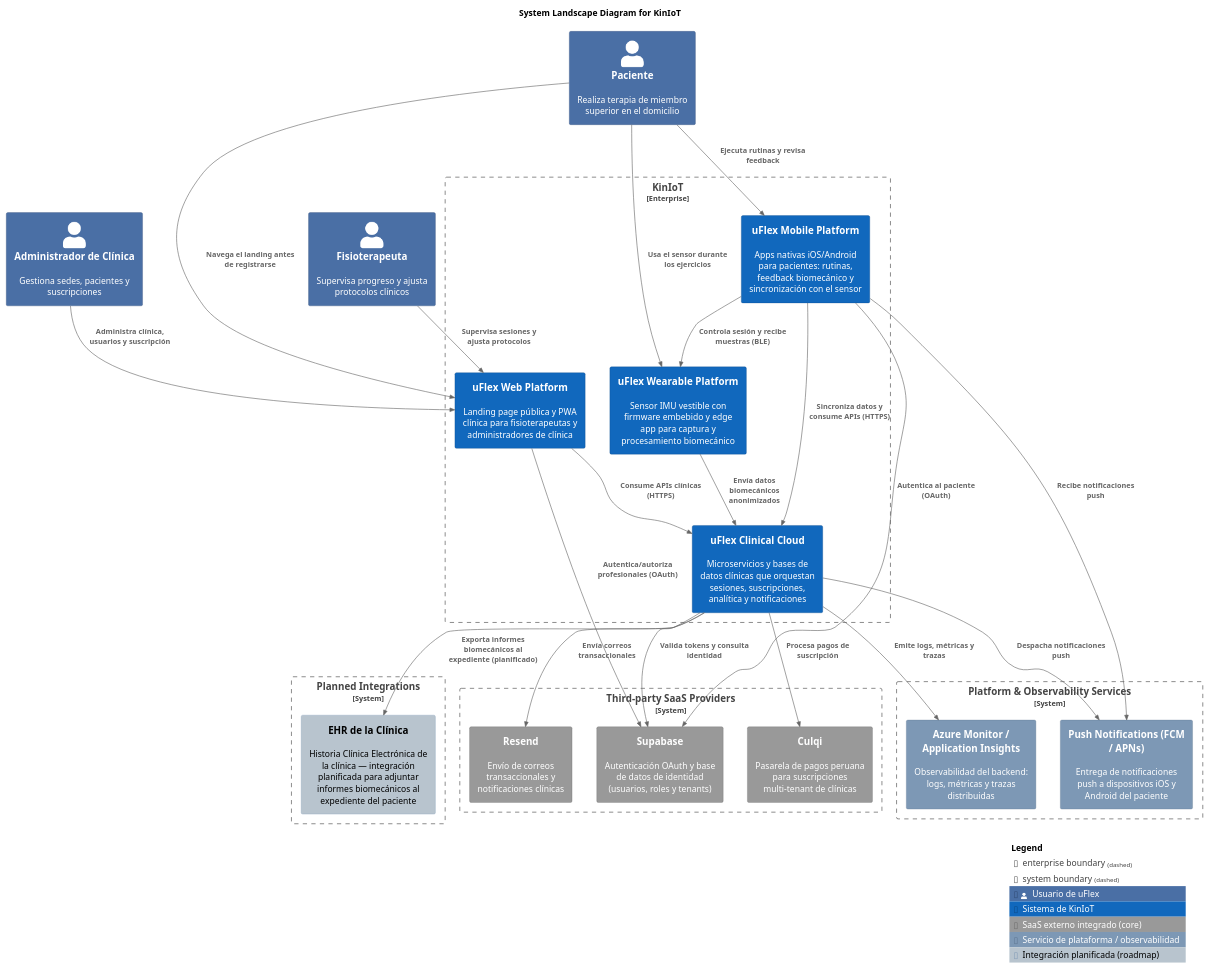
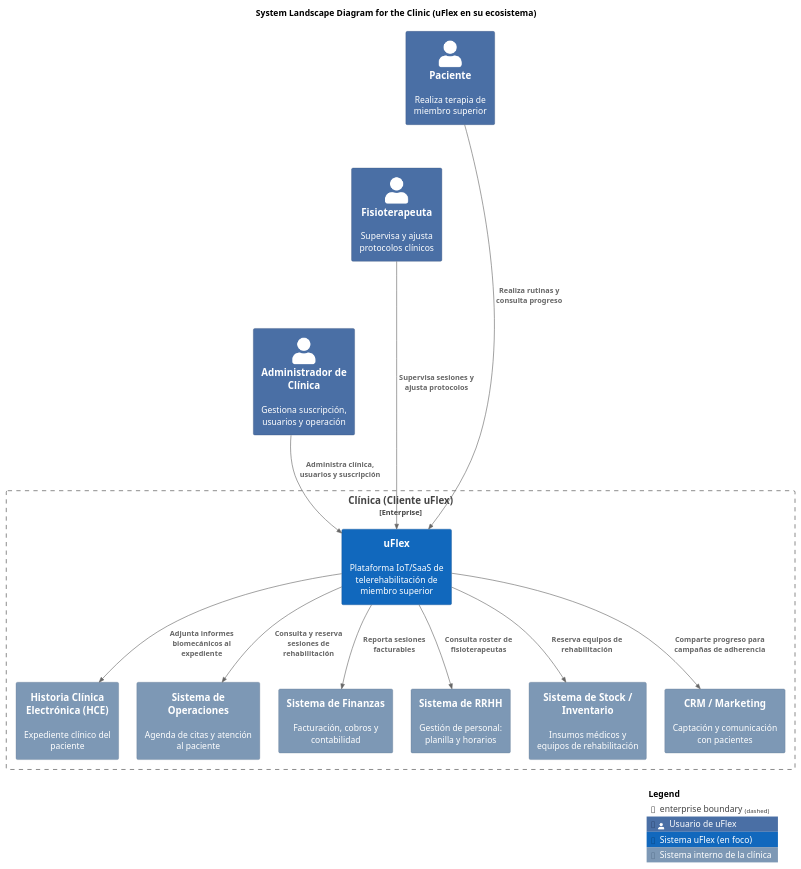
The diagram in assets/diagrams/software-architecture/landscape/src/uflex-landscape-diagram.puml (kiniot/uflex-project-report), drawn with PlantUML before and after one commit. The commit also changed 1 other file, not shown here.

Commit message:
docs(chapter-4): refocus landscape on the clinic ecosystem
Show uFlex as a single system inside the clinic enterprise boundary
alongside the other internal clinic systems (HCE, Operations, Finance,
HR, Stock, CRM), drop the external SaaS providers from this level (they
belong inside uFlex), and keep only the three direct uFlex users to
avoid the spaghetti edges from the previous version.

```diff
--- a/assets/diagrams/software-architecture/landscape/src/uflex-landscape-diagram.puml
+++ b/assets/diagrams/software-architecture/landscape/src/uflex-landscape-diagram.puml
@@ -1,95 +1,70 @@
 @startuml uflex-sa-landscape
 !include https://raw.githubusercontent.com/plantuml-stdlib/C4-PlantUML/master/C4_Context.puml
 !include https://raw.githubusercontent.com/plantuml-stdlib/C4-PlantUML/master/C4_Container.puml
 !include https://raw.githubusercontent.com/plantuml-stdlib/C4-PlantUML/master/C4_Component.puml
 
+' Top-down flow keeps the diagram in portrait orientation
+LAYOUT_TOP_DOWN()
+
 ' Styling approximations for Structurizr look (blue & gray palette)
 skinparam shadowing false
 skinparam defaultFontName Arial
 skinparam Padding 3
-skinparam wrapWidth 200
-skinparam nodesep 40
-skinparam ranksep 60
+skinparam wrapWidth 180
+skinparam nodesep 30
+skinparam ranksep 70
 
 ' ---- Tags / legend ----
 AddPersonTag("user",     $bgColor="#4A6FA5", $fontColor="#ffffff", $borderColor="#2F4A73", $legendText="Usuario de uFlex")
-AddSystemTag("kiniot",   $bgColor="#1168BD", $fontColor="#ffffff", $borderColor="#0B4884", $legendText="Sistema de KinIoT")
-AddSystemTag("external", $bgColor="#999999", $fontColor="#ffffff", $borderColor="#6B6B6B", $legendText="SaaS externo integrado (core)")
-AddSystemTag("platform", $bgColor="#7D98B5", $fontColor="#ffffff", $borderColor="#5C7590", $legendText="Servicio de plataforma / observabilidad")
-AddSystemTag("planned",  $bgColor="#B8C4CE", $fontColor="#000000", $borderColor="#7D98B5", $legendText="Integración planificada (roadmap)")
+AddSystemTag("uflex",    $bgColor="#1168BD", $fontColor="#ffffff", $borderColor="#0B4884", $legendText="Sistema uFlex (en foco)")
+AddSystemTag("clinic",   $bgColor="#7D98B5", $fontColor="#ffffff", $borderColor="#5C7590", $legendText="Sistema interno de la clínica")
 
-title System Landscape Diagram for KinIoT
+title System Landscape Diagram for the Clinic (uFlex en su ecosistema)
 
 ' =========================================================
-' Actors
+' Actors — solo los usuarios directos de uFlex
 ' =========================================================
-Person(patient,         "Paciente",                 "Realiza terapia de miembro superior en el domicilio", $tags="user")
-Person(physiotherapist, "Fisioterapeuta",           "Supervisa progreso y ajusta protocolos clínicos", $tags="user")
-Person(clinicAdmin,     "Administrador de Clínica", "Gestiona sedes, pacientes y suscripciones", $tags="user")
+Person(patient,         "Paciente",                 "Realiza terapia de miembro superior",          $tags="user")
+Person(physiotherapist, "Fisioterapeuta",           "Supervisa y ajusta protocolos clínicos",       $tags="user")
+Person(clinicAdmin,     "Administrador de Clínica", "Gestiona suscripción, usuarios y operación",   $tags="user")
 
 ' =========================================================
-' KinIoT enterprise boundary — uFlex decomposed into its high-level sub-systems
+' Enterprise boundary — la Clínica y sus sistemas
 ' =========================================================
-Enterprise_Boundary(kiniot, "KinIoT") {
-  System(webPlatform,      "uFlex Web Platform",      "Landing page pública y PWA clínica para fisioterapeutas y administradores de clínica", $tags="kiniot")
-  System(mobilePlatform,   "uFlex Mobile Platform",   "Apps nativas iOS/Android para pacientes: rutinas, feedback biomecánico y sincronización con el sensor", $tags="kiniot")
-  System(wearablePlatform, "uFlex Wearable Platform", "Sensor IMU vestible con firmware embebido y edge app para captura y procesamiento biomecánico", $tags="kiniot")
-  System(clinicalCloud,    "uFlex Clinical Cloud",    "Microservicios y bases de datos clínicas que orquestan sesiones, suscripciones, analítica y notificaciones", $tags="kiniot")
+Enterprise_Boundary(clinicEnterprise, "Clínica (Cliente uFlex)") {
+
+  System(uflex, "uFlex", "Plataforma IoT/SaaS de telerehabilitación de miembro superior", $tags="uflex")
+
+  System(ehr,        "Historia Clínica Electrónica (HCE)", "Expediente clínico del paciente",                 $tags="clinic")
+  System(operations, "Sistema de Operaciones",             "Agenda de citas y atención al paciente",          $tags="clinic")
+  System(finance,    "Sistema de Finanzas",                "Facturación, cobros y contabilidad",              $tags="clinic")
+  System(hr,         "Sistema de RRHH",                    "Gestión de personal: planilla y horarios",        $tags="clinic")
+  System(stock,      "Sistema de Stock / Inventario",      "Insumos médicos y equipos de rehabilitación",     $tags="clinic")
+  System(crm,        "CRM / Marketing",                    "Captación y comunicación con pacientes",          $tags="clinic")
 }
 
 ' =========================================================
-' Third-party SaaS (core integrations — grey)
+' Personas → uFlex (todas pasan por uFlex únicamente)
 ' =========================================================
-System_Boundary(saasProviders, "Third-party SaaS Providers") {
-  System_Ext(supabase, "Supabase", "Autenticación OAuth y base de datos de identidad (usuarios, roles y tenants)", $tags="external")
-  System_Ext(culqi,    "Culqi",    "Pasarela de pagos peruana para suscripciones multi-tenant de clínicas",      $tags="external")
-  System_Ext(resend,   "Resend",   "Envío de correos transaccionales y notificaciones clínicas",                  $tags="external")
-}
+Rel(patient,         uflex, "Realiza rutinas y consulta progreso")
+Rel(physiotherapist, uflex, "Supervisa sesiones y ajusta protocolos")
+Rel(clinicAdmin,     uflex, "Administra clínica, usuarios y suscripción")
 
 ' =========================================================
-' Platform / observability services (blue-gray)
+' uFlex ↔ otros sistemas de la clínica
 ' =========================================================
-System_Boundary(platformServices, "Platform & Observability Services") {
-  System_Ext(pushProvider, "Push Notifications (FCM / APNs)",    "Entrega de notificaciones push a dispositivos iOS y Android del paciente", $tags="platform")
-  System_Ext(azureMonitor, "Azure Monitor / Application Insights","Observabilidad del backend: logs, métricas y trazas distribuidas",          $tags="platform")
-}
+Rel(uflex, ehr,        "Adjunta informes biomecánicos al expediente")
+Rel(uflex, operations, "Consulta y reserva sesiones de rehabilitación")
+Rel(uflex, finance,    "Reporta sesiones facturables")
+Rel(uflex, hr,         "Consulta roster de fisioterapeutas")
+Rel(uflex, stock,      "Reserva equipos de rehabilitación")
+Rel(uflex, crm,        "Comparte progreso para campañas de adherencia")
 
 ' =========================================================
-' Planned integrations (light gray — roadmap)
+' Layout hints — apilar actores en columna
 ' =========================================================
-System_Boundary(plannedIntegrations, "Planned Integrations") {
-  System_Ext(clinicEhr, "EHR de la Clínica", "Historia Clínica Electrónica de la clínica — integración planificada para adjuntar informes biomecánicos al expediente del paciente", $tags="planned")
-}
-
-' =========================================================
-' People → KinIoT systems
-' =========================================================
-Rel(patient,         webPlatform,      "Navega el landing antes de registrarse")
-Rel(patient,         mobilePlatform,   "Ejecuta rutinas y revisa feedback")
-Rel(patient,         wearablePlatform, "Usa el sensor durante los ejercicios")
-Rel(physiotherapist, webPlatform,      "Supervisa sesiones y ajusta protocolos")
-Rel(clinicAdmin,     webPlatform,      "Administra clínica, usuarios y suscripción")
-
-' =========================================================
-' Intra-KinIoT interactions
-' =========================================================
-Rel(mobilePlatform,   wearablePlatform, "Controla sesión y recibe muestras (BLE)")
-Rel(mobilePlatform,   clinicalCloud,    "Sincroniza datos y consume APIs (HTTPS)")
-Rel(webPlatform,      clinicalCloud,    "Consume APIs clínicas (HTTPS)")
-Rel(wearablePlatform, clinicalCloud,    "Envía datos biomecánicos anonimizados")
-
-' =========================================================
-' KinIoT systems → external ecosystem
-' =========================================================
-Rel(mobilePlatform, supabase,     "Autentica al paciente (OAuth)")
-Rel(webPlatform,    supabase,     "Autentica/autoriza profesionales (OAuth)")
-Rel(clinicalCloud,  supabase,     "Valida tokens y consulta identidad")
-Rel(clinicalCloud,  culqi,        "Procesa pagos de suscripción")
-Rel(clinicalCloud,  resend,       "Envía correos transaccionales")
-Rel(clinicalCloud,  pushProvider, "Despacha notificaciones push")
-Rel(mobilePlatform, pushProvider, "Recibe notificaciones push")
-Rel(clinicalCloud,  azureMonitor, "Emite logs, métricas y trazas")
-Rel(clinicalCloud,  clinicEhr,    "Exporta informes biomecánicos al expediente (planificado)")
+Lay_D(patient, physiotherapist)
+Lay_D(physiotherapist, clinicAdmin)
 
 SHOW_LEGEND()
 @enduml
```
